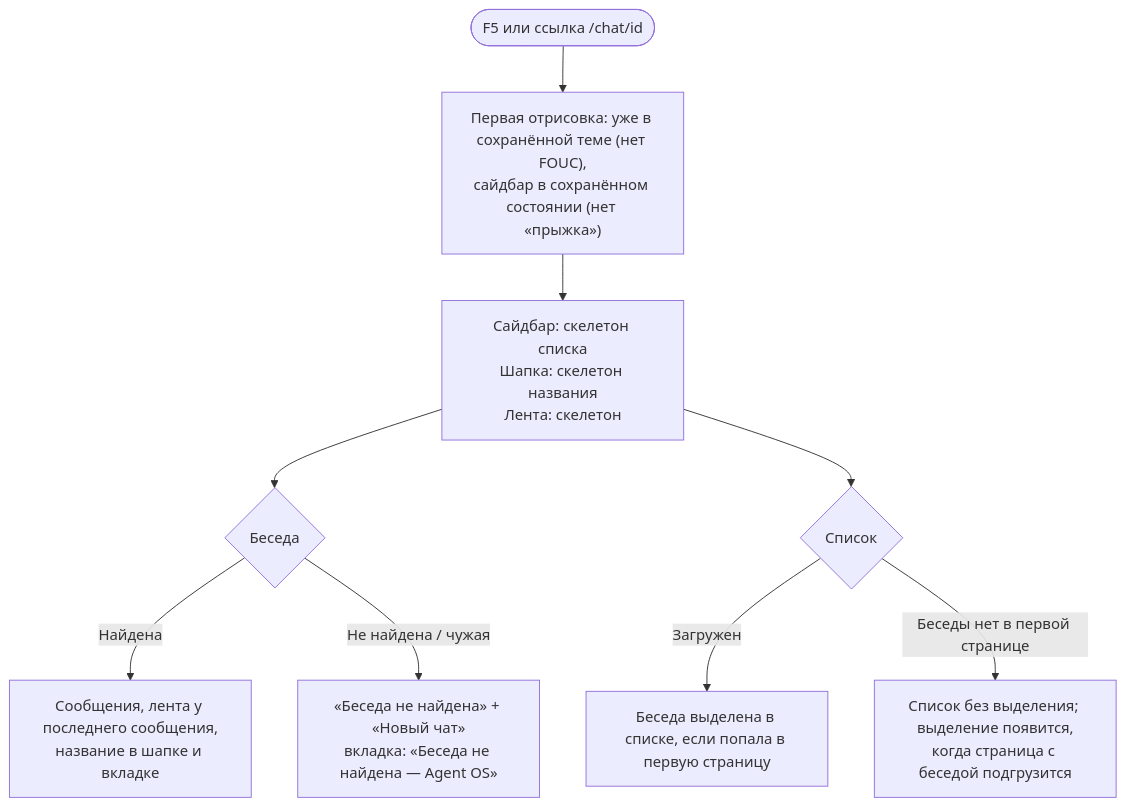
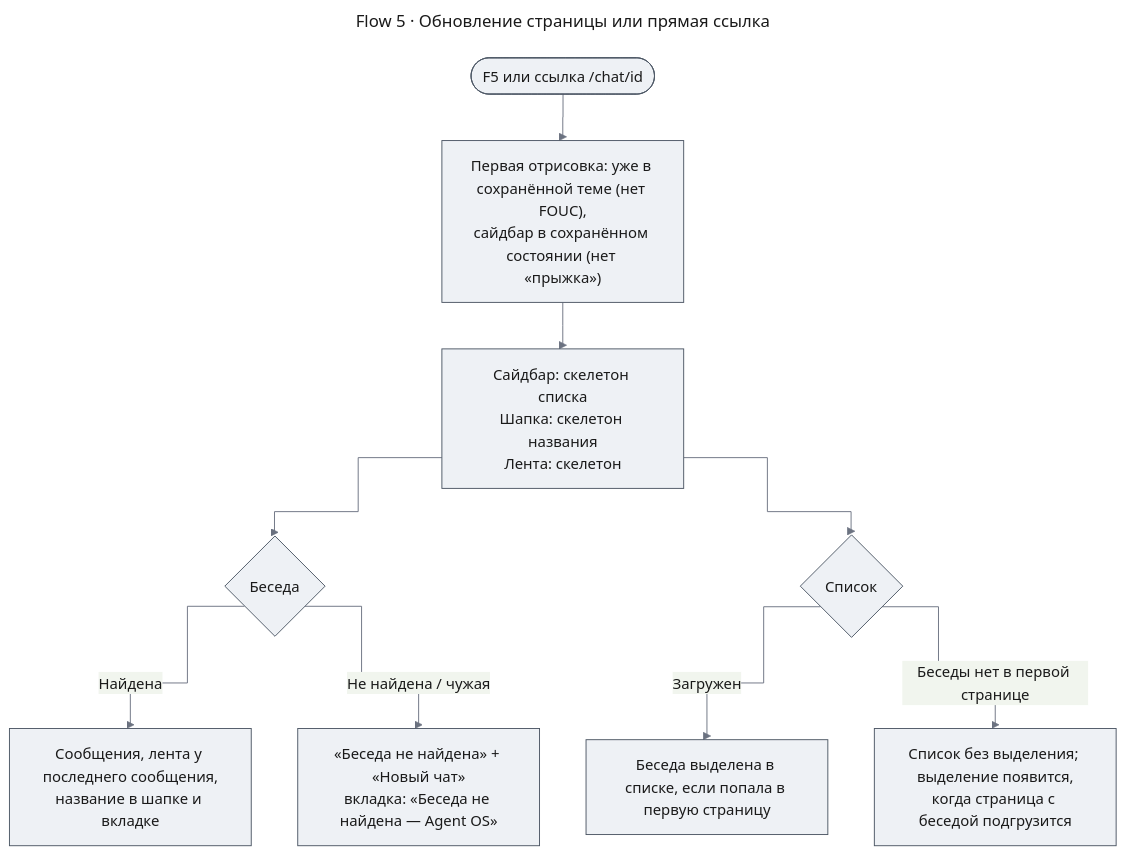
One commit to tundraray/agent-os changed the tenth of 14 diagrams in docs/features/chat-shell/uxrd.md. Above: the diagram before and after it, drawn with Mermaid. The commit also changed other lines of this file and 10 other files, not shown here.

````diff
--- a/docs/features/chat-shell/uxrd.md
+++ b/docs/features/chat-shell/uxrd.md
@@ -258,11 +736,24 @@
 ```mermaid
+---
+title: "Flow 5 · Обновление страницы или прямая ссылка"
+config:
+  theme: base
+  look: classic
+  themeVariables:
+    primaryColor: "#eef1f5"
+    primaryBorderColor: "#4b5563"
+    primaryTextColor: "#1a1a1a"
+    lineColor: "#6b7280"
+  flowchart:
+    curve: step
+---
 flowchart TD
     A([F5 или ссылка /chat/id]) --> B["Первая отрисовка: уже в сохранённой теме (нет FOUC),<br/>сайдбар в сохранённом состоянии (нет «прыжка»)"]
     B --> C["Сайдбар: скелетон списка<br/>Шапка: скелетон названия<br/>Лента: скелетон"]
     C --> D{Беседа}
     D -->|Найдена| E["Сообщения, лента у последнего сообщения,<br/>название в шапке и вкладке"]
     D -->|Не найдена / чужая| F["«Беседа не найдена» + «Новый чат»<br/>вкладка: «Беседа не найдена — Agent OS»"]
     C --> G{Список}
     G -->|Загружен| H["Беседа выделена в списке, если попала в первую страницу"]
     G -->|Беседы нет в первой странице| I["Список без выделения; выделение появится,<br/>когда страница с беседой подгрузится"]
 ```
````
